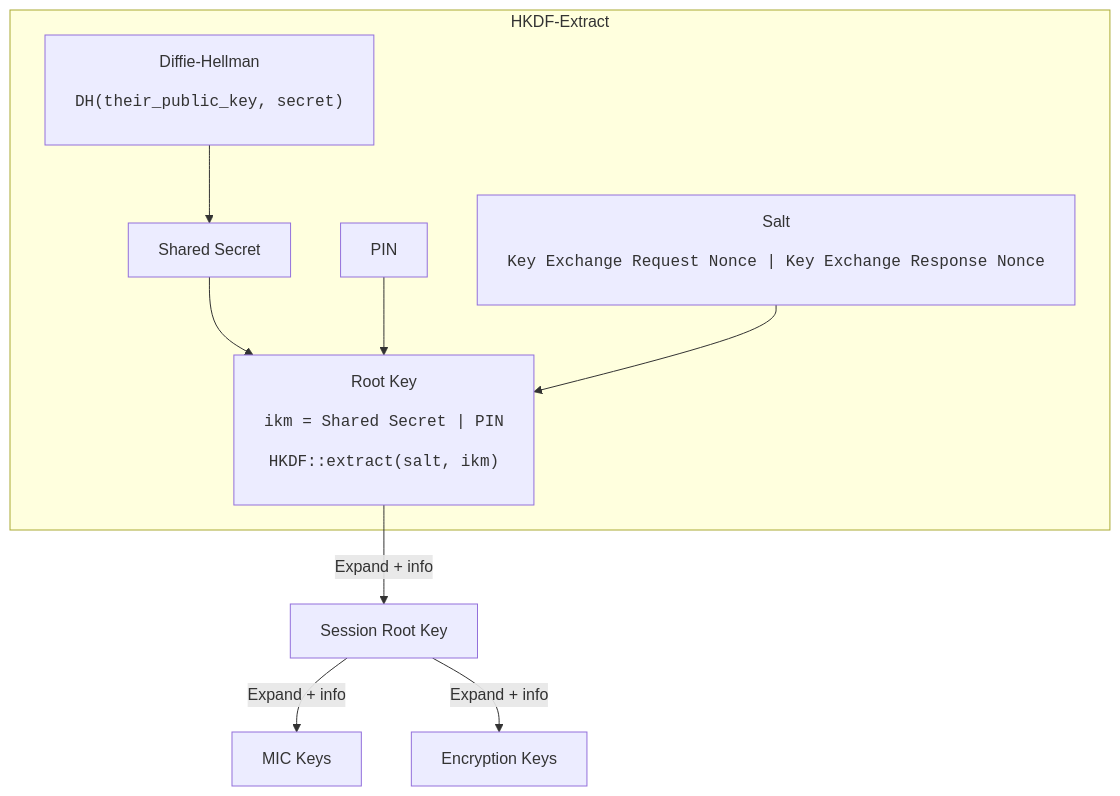
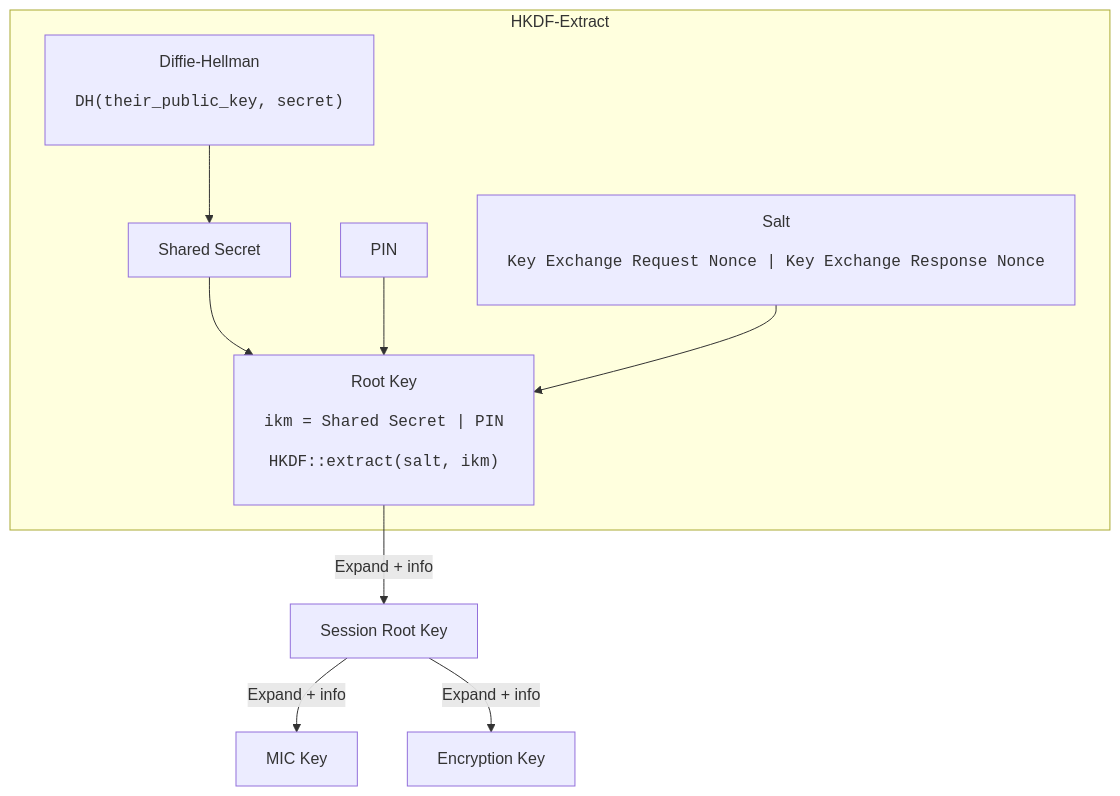
One commit to nanopulse-dev/nanopulse changed the diagram in docs/src/protocol/glossary/keys.md. Above: the diagram before and after it, drawn with Mermaid. The commit also changed other lines of this file and 25 other files, not shown here.

````diff
--- a/docs/src/protocol/glossary/keys.md
+++ b/docs/src/protocol/glossary/keys.md
@@ -3,13 +3,13 @@
 ```mermaid
 flowchart TD
     subgraph HKDF-Extract
         DH["Diffie-Hellman<pre>DH(their_public_key, secret)</pre>"] --> SS
         SS[Shared Secret] --> PRK["Root Key<pre>ikm = Shared Secret | PIN</pre><pre>HKDF::extract(salt, ikm)</pre>"]
         PIN --> PRK
         SALT["Salt<pre>Key Exchange Request Nonce | Key Exchange Response Nonce</pre>"] --> PRK
     end
 
     PRK -->|Expand + info| SRK[Session Root Key]
-    SRK -->|Expand + info| MICK[MIC Keys]
-    SRK -->|Expand + info| ENCK[Encryption Keys]
+    SRK -->|Expand + info| MICK[MIC Key]
+    SRK -->|Expand + info| ENCK[Encryption Key]
 ```
````
